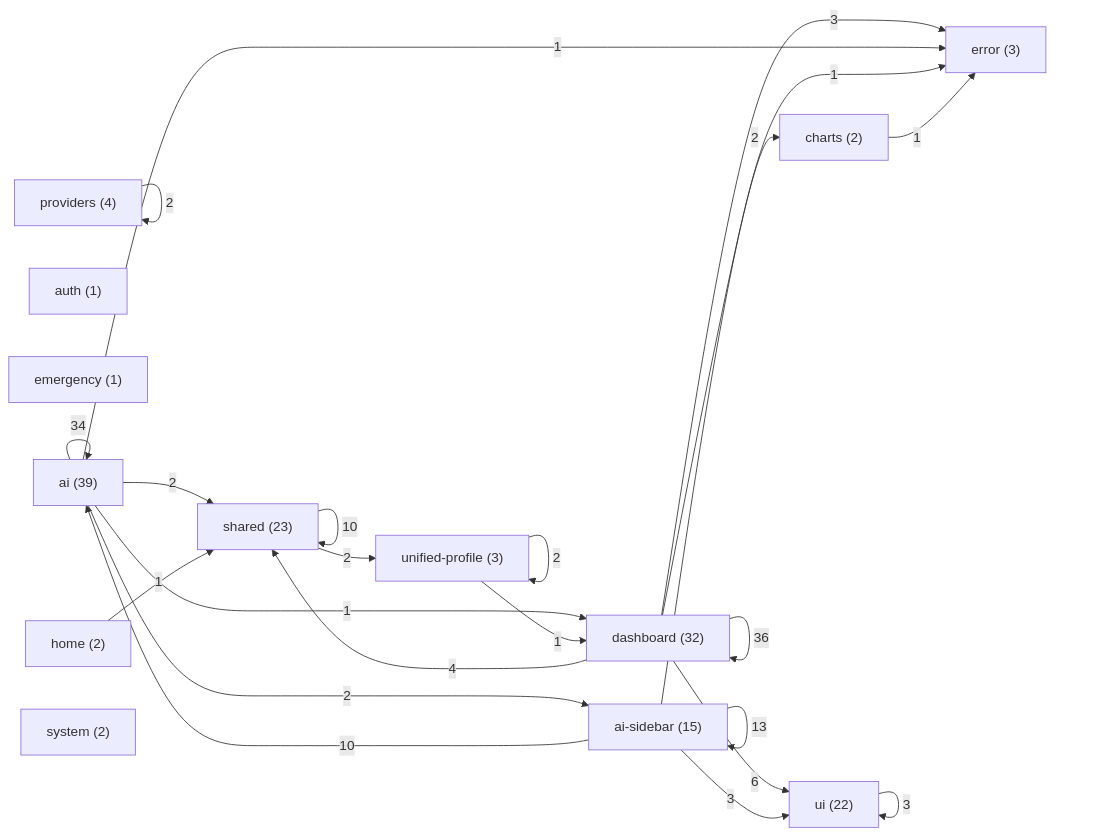
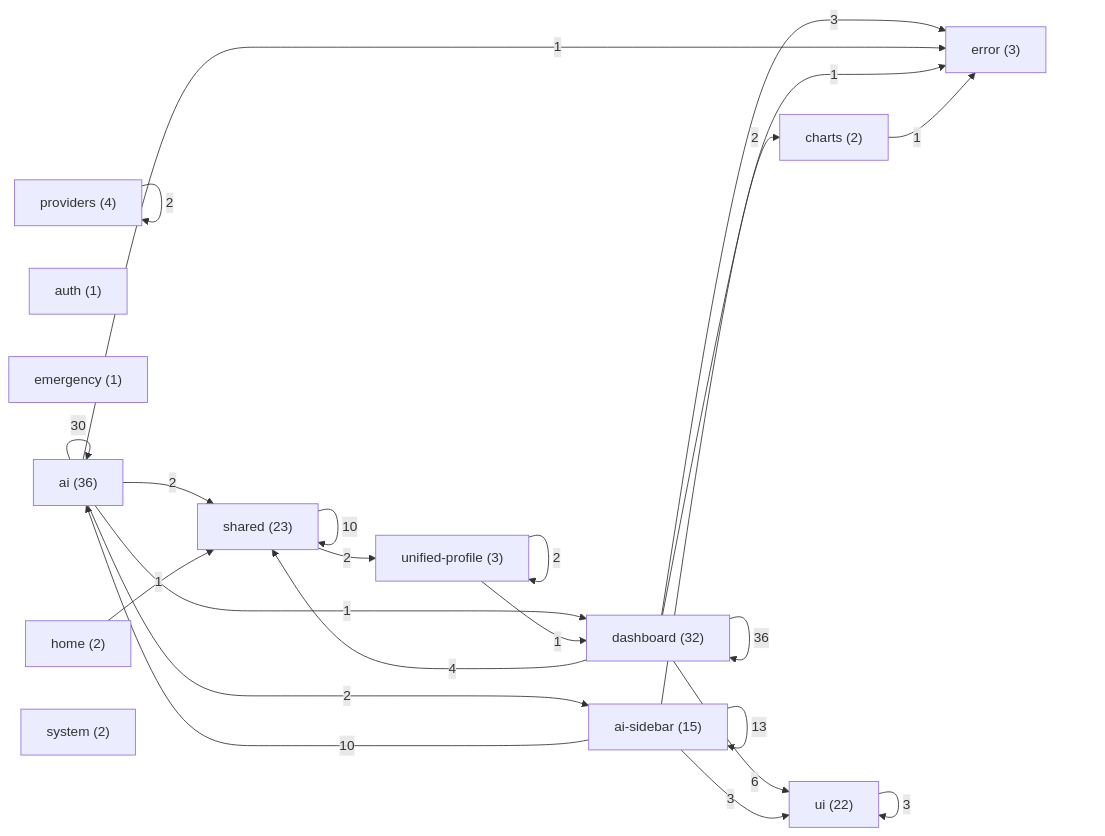
The diagram in docs/reference/architecture/system/component-dependency-map.md (skyasu2/openmanager-ai), drawn with Mermaid before and after one commit. The commit also changed other lines of this file and 48 other files, not shown here.

````diff
--- a/docs/reference/architecture/system/component-dependency-map.md
+++ b/docs/reference/architecture/system/component-dependency-map.md
@@ -66,38 +66,38 @@
 ```mermaid
 flowchart LR
-  d0["ai (39)"]
+  d0["ai (36)"]
   d1["ai-sidebar (15)"]
   d2["auth (1)"]
   d3["charts (2)"]
   d4["dashboard (32)"]
   d5["emergency (1)"]
   d6["error (3)"]
   d7["home (2)"]
   d8["providers (4)"]
   d9["shared (23)"]
   d10["system (2)"]
   d11["ui (22)"]
   d12["unified-profile (3)"]
   d4 -->|36| d4
-  d0 -->|34| d0
+  d0 -->|30| d0
   d1 -->|13| d1
   d1 -->|10| d0
   d9 -->|10| d9
   d4 -->|6| d11
   d4 -->|4| d9
   d1 -->|3| d11
   d4 -->|3| d6
   d11 -->|3| d11
   d0 -->|2| d1
   d0 -->|2| d9
   d4 -->|2| d3
   d8 -->|2| d8
   d9 -->|2| d12
   d12 -->|2| d12
   d0 -->|1| d4
   d0 -->|1| d6
   d1 -->|1| d6
   d3 -->|1| d6
   d7 -->|1| d9
   d12 -->|1| d4
 ```
````
